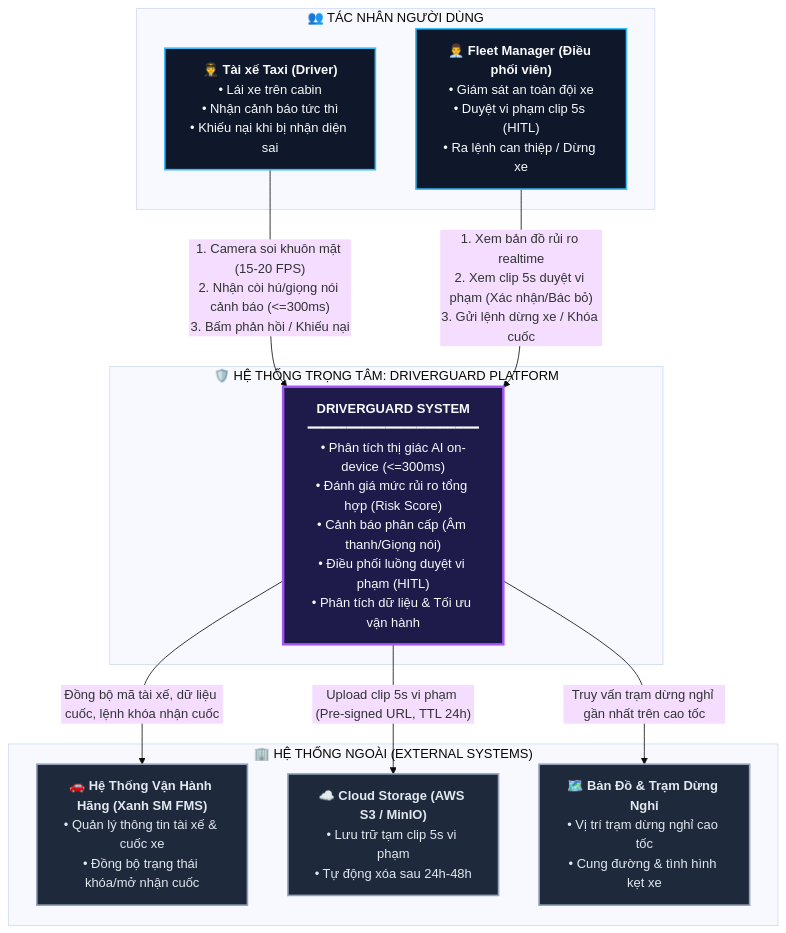
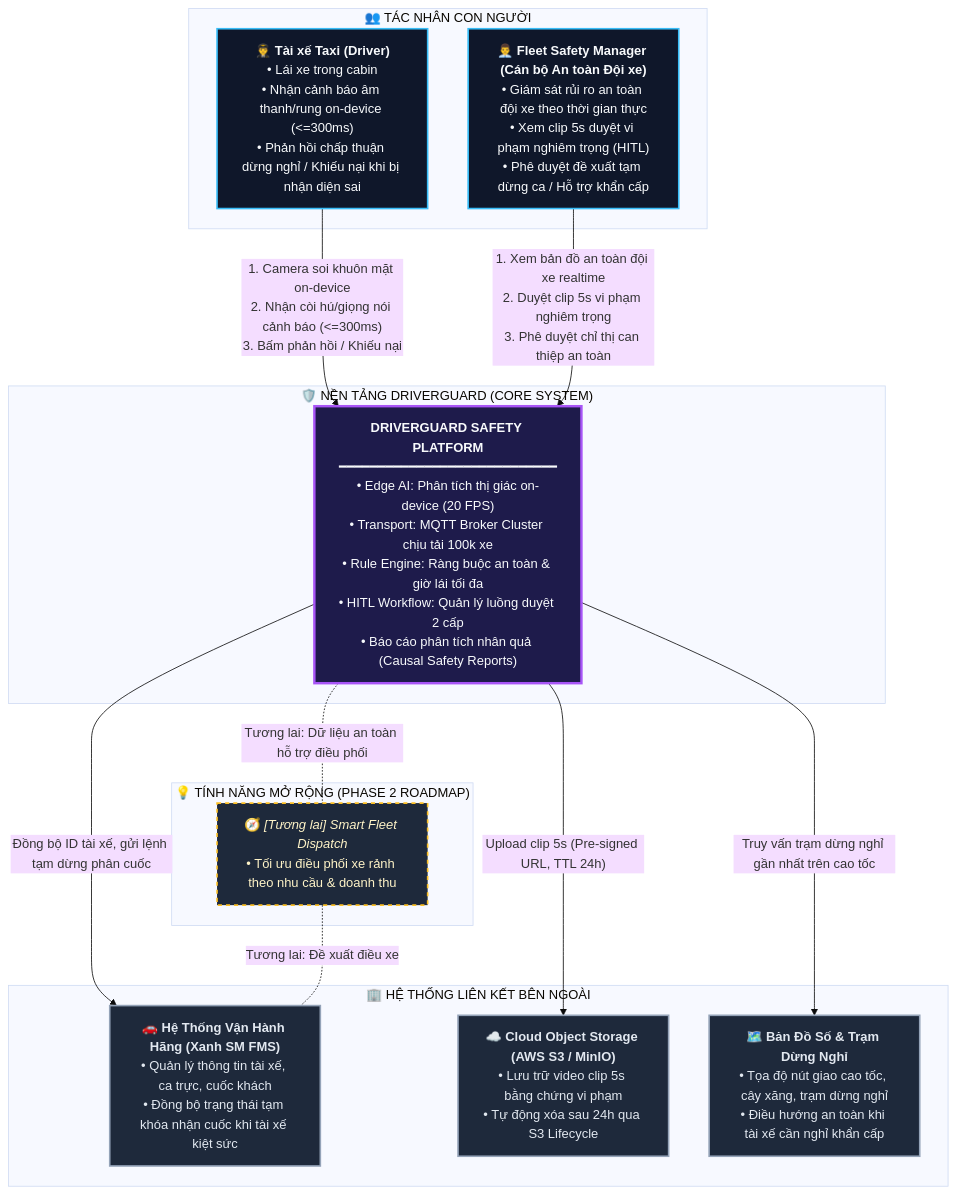
Before and after one commit to vietdezet2004/viewMD: the first of 4 diagrams in README.md, drawn with Mermaid (base theme). The commit also changed other lines of this file, not shown here.

````diff
--- a/README.md
+++ b/README.md
@@ -36,37 +45,47 @@
 ```mermaid
 flowchart TB
-    %% ACTORS
-    subgraph USERS ["👥 TÁC NHÂN NGƯỜI DÙNG"]
-        Driver["👨‍✈️ <b>Tài xế Taxi (Driver)</b><br>• Lái xe trên cabin<br>• Nhận cảnh báo tức thì<br>• Khiếu nại khi bị nhận diện sai"]
-        Manager["👨‍💼 <b>Fleet Manager (Điều phối viên)</b><br>• Giám sát an toàn đội xe<br>• Duyệt vi phạm clip 5s (HITL)<br>• Ra lệnh can thiệp / Dừng xe"]
+    %% USERS
+    subgraph USERS ["👥 TÁC NHÂN CON NGƯỜI"]
+        Driver["👨‍✈️ <b>Tài xế Taxi (Driver)</b><br>• Lái xe trong cabin<br>• Nhận cảnh báo âm thanh/rung on-device (<=300ms)<br>• Phản hồi chấp thuận dừng nghỉ / Khiếu nại khi bị nhận diện sai"]
+        Manager["👨‍💼 <b>Fleet Safety Manager (Cán bộ An toàn Đội xe)</b><br>• Giám sát rủi ro an toàn đội xe theo thời gian thực<br>• Xem clip 5s duyệt vi phạm nghiêm trọng (HITL)<br>• Phê duyệt đề xuất tạm dừng ca / Hỗ trợ khẩn cấp"]
     end
 
     %% CORE SYSTEM
-    subgraph DRIVERGUARD_CORE ["🛡️ HỆ THỐNG TRỌNG TÂM: DRIVERGUARD PLATFORM"]
-        DriverGuard["<b>DRIVERGUARD SYSTEM</b><br>━━━━━━━━━━━━━━━━━━━━━━<br>• Phân tích thị giác AI on-device (<=300ms)<br>• Đánh giá mức rủi ro tổng hợp (Risk Score)<br>• Cảnh báo phân cấp (Âm thanh/Giọng nói)<br>• Điều phối luồng duyệt vi phạm (HITL)<br>• Phân tích dữ liệu & Tối ưu vận hành"]
+    subgraph DRIVERGUARD_CORE ["🛡️ NỀN TẢNG DRIVERGUARD (CORE SYSTEM)"]
+        DriverGuardPlatform["<b>DRIVERGUARD SAFETY PLATFORM</b><br>━━━━━━━━━━━━━━━━━━━━━━━━━━━━<br>• Edge AI: Phân tích thị giác on-device (20 FPS)<br>• Transport: MQTT Broker Cluster chịu tải 100k xe<br>• Rule Engine: Ràng buộc an toàn & giờ lái tối đa<br>• HITL Workflow: Quản lý luồng duyệt 2 cấp<br>• Báo cáo phân tích nhân quả (Causal Safety Reports)"]
+    end
+
+    %% FUTURE EXTENSION (NON-CORE)
+    subgraph FUTURE_EXTENSION ["💡 TÍNH NĂNG MỞ RỘNG (PHASE 2 ROADMAP)"]
+        DispatchEngine["🧭 <i>[Tương lai] Smart Fleet Dispatch</i><br>• Tối ưu điều phối xe rảnh theo nhu cầu & doanh thu"]
     end
 
     %% EXTERNAL SYSTEMS
-    subgraph EXT_SYSTEMS ["🏢 HỆ THỐNG NGOÀI (EXTERNAL SYSTEMS)"]
-        FMS["🚗 <b>Hệ Thống Vận Hành Hãng (Xanh SM FMS)</b><br>• Quản lý thông tin tài xế & cuốc xe<br>• Đồng bộ trạng thái khóa/mở nhận cuốc"]
-        S3Cloud["☁️ <b>Cloud Storage (AWS S3 / MinIO)</b><br>• Lưu trữ tạm clip 5s vi phạm<br>• Tự động xóa sau 24h-48h"]
-        MapsAPI["🗺️ <b>Bản Đồ & Trạm Dừng Nghỉ</b><br>• Vị trí trạm dừng nghỉ cao tốc<br>• Cung đường & tình hình kẹt xe"]
+    subgraph EXT_SYSTEMS ["🏢 HỆ THỐNG LIÊN KẾT BÊN NGOÀI"]
+        FMS["🚗 <b>Hệ Thống Vận Hành Hãng (Xanh SM FMS)</b><br>• Quản lý thông tin tài xế, ca trực, cuốc khách<br>• Đồng bộ trạng thái tạm khóa nhận cuốc khi tài xế kiệt sức"]
+        S3Storage["☁️ <b>Cloud Object Storage (AWS S3 / MinIO)</b><br>• Lưu trữ video clip 5s bằng chứng vi phạm<br>• Tự động xóa sau 24h qua S3 Lifecycle"]
+        MapsAPI["🗺️ <b>Bản Đồ Số & Trạm Dừng Nghỉ</b><br>• Tọa độ nút giao cao tốc, cây xăng, trạm dừng nghỉ<br>• Điều hướng an toàn khi tài xế cần nghỉ khẩn cấp"]
     end
 
     %% RELATIONSHIPS
-    Driver -->|"1. Camera soi khuôn mặt (15-20 FPS)<br>2. Nhận còi hú/giọng nói cảnh báo (<=300ms)<br>3. Bấm phản hồi / Khiếu nại"| DriverGuard
-    Manager -->|"1. Xem bản đồ rủi ro realtime<br>2. Xem clip 5s duyệt vi phạm (Xác nhận/Bác bỏ)<br>3. Gửi lệnh dừng xe / Khóa cuốc"| DriverGuard
+    Driver -->|"1. Camera soi khuôn mặt on-device<br>2. Nhận còi hú/giọng nói cảnh báo (<=300ms)<br>3. Bấm phản hồi / Khiếu nại"| DriverGuardPlatform
+    Manager -->|"1. Xem bản đồ an toàn đội xe realtime<br>2. Duyệt clip 5s vi phạm nghiêm trọng<br>3. Phê duyệt chỉ thị can thiệp an toàn"| DriverGuardPlatform
 
-    DriverGuard -->|"Đồng bộ mã tài xế, dữ liệu cuốc, lệnh khóa nhận cuốc"| FMS
-    DriverGuard -->|"Upload clip 5s vi phạm (Pre-signed URL, TTL 24h)"| S3Cloud
-    DriverGuard -->|"Truy vấn trạm dừng nghỉ gần nhất trên cao tốc"| MapsAPI
+    DriverGuardPlatform -->|"Đồng bộ ID tài xế, gửi lệnh tạm dừng phân cuốc"| FMS
+    DriverGuardPlatform -->|"Upload clip 5s (Pre-signed URL, TTL 24h)"| S3Storage
+    DriverGuardPlatform -->|"Truy vấn trạm dừng nghỉ gần nhất trên cao tốc"| MapsAPI
+
+    DriverGuardPlatform -.-|"Tương lai: Dữ liệu an toàn hỗ trợ điều phối"| DispatchEngine
+    DispatchEngine -.-|"Tương lai: Đề xuất điều xe"| FMS
 
     %% STYLING
     classDef userStyle fill:#0f172a,stroke:#38bdf8,stroke-width:2px,color:#f8fafc;
     classDef coreStyle fill:#1e1b4b,stroke:#a855f7,stroke-width:3px,color:#f8fafc;
     classDef extStyle fill:#1e293b,stroke:#94a3b8,stroke-width:2px,color:#e2e8f0;
+    classDef futureStyle fill:#1e293b,stroke:#fbbf24,stroke-width:2px,stroke-dasharray: 5 5,color:#fef3c7;
 
     class Driver,Manager userStyle;
-    class DriverGuard coreStyle;
-    class FMS,S3Cloud,MapsAPI extStyle;
+    class DriverGuardPlatform coreStyle;
+    class FMS,S3Storage,MapsAPI extStyle;
+    class DispatchEngine futureStyle;
 ```
````
